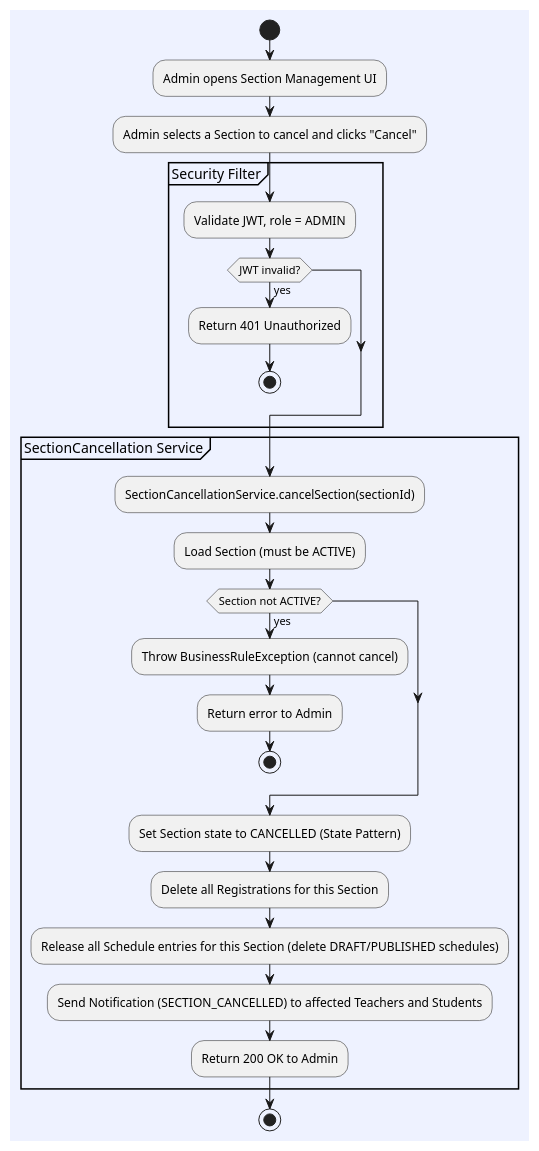
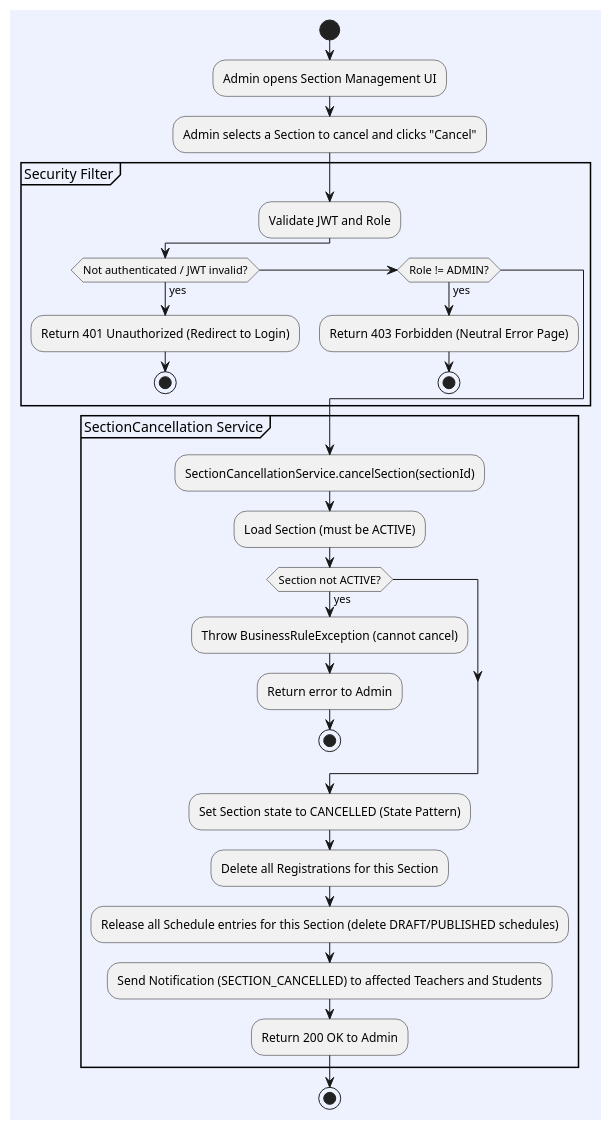
One commit to synthesixer/AcadOS changed the diagram in doc/diagram/ActivityDiagram/activity_section_cancellation.puml. Above: the diagram before and after it, drawn with PlantUML. The commit also changed 18 other files, not shown here.

First line of the commit message:
fix Refactor diagram to up to date

```diff
--- a/doc/diagram/ActivityDiagram/activity_section_cancellation.puml
+++ b/doc/diagram/ActivityDiagram/activity_section_cancellation.puml
@@ -1,31 +1,34 @@
 @startuml
 skinparam backgroundColor #EEF2FF
 
 ' Section Cancellation Activity Diagram (invented to match Implement Plan and services)
 
 start
 :Admin opens Section Management UI;
 :Admin selects a Section to cancel and clicks "Cancel";
 partition "Security Filter" {
-    :Validate JWT, role = ADMIN;
-    if (JWT invalid?) then (yes)
-        :Return 401 Unauthorized;
+    :Validate JWT and Role;
+    if (Not authenticated / JWT invalid?) then (yes)
+        :Return 401 Unauthorized (Redirect to Login);
+        stop
+    elseif (Role != ADMIN?) then (yes)
+        :Return 403 Forbidden (Neutral Error Page);
         stop
     endif
 }
 partition "SectionCancellation Service" {
     :SectionCancellationService.cancelSection(sectionId);
     :Load Section (must be ACTIVE);
     if (Section not ACTIVE?) then (yes)
         :Throw BusinessRuleException (cannot cancel);
         :Return error to Admin;
         stop
     endif
     :Set Section state to CANCELLED (State Pattern);
     :Delete all Registrations for this Section;
     :Release all Schedule entries for this Section (delete DRAFT/PUBLISHED schedules);
     :Send Notification (SECTION_CANCELLED) to affected Teachers and Students;
     :Return 200 OK to Admin;
 }
 stop
 @enduml
```
